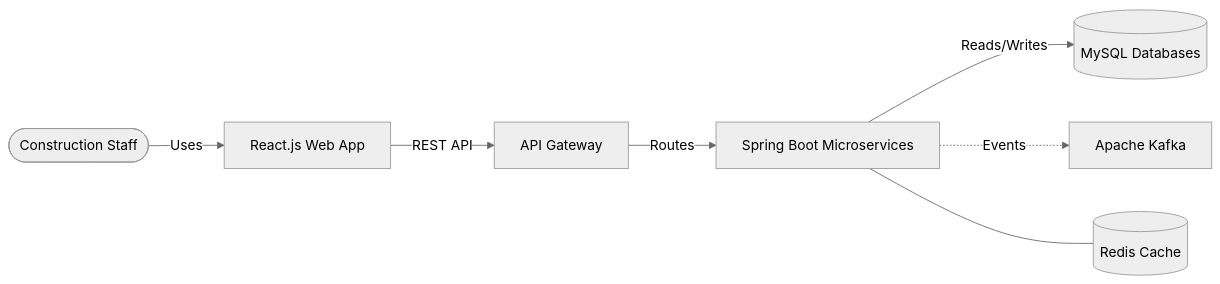
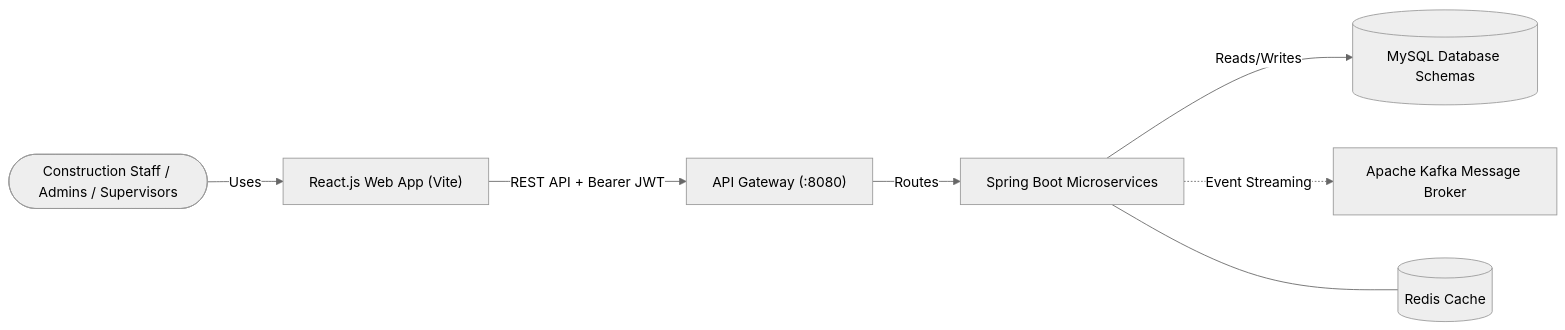
Before and after one commit to sushmitha-katika-dev/build-flow: the first of 6 diagrams in docs/03_ARCHITECTURE.md, drawn with Mermaid (neutral theme). The commit also changed other lines of this file and 8 other files, not shown here.

````diff
--- a/docs/03_ARCHITECTURE.md
+++ b/docs/03_ARCHITECTURE.md
@@ -8,9 +8,9 @@
 ```mermaid
 graph LR
-    User(["Construction Staff"]) --> |Uses| UI["React.js Web App"]
-    UI --> |REST API| Gateway["API Gateway"]
+    User(["Construction Staff / Admins / Supervisors"]) --> |Uses| UI["React.js Web App (Vite)"]
+    UI --> |REST API + Bearer JWT| Gateway["API Gateway (:8080)"]
     Gateway --> |Routes| Microservices["Spring Boot Microservices"]
-    Microservices --> |Reads/Writes| DB[("MySQL Databases")]
-    Microservices -.-> |Events| Kafka["Apache Kafka"]
+    Microservices --> |Reads/Writes| DB[("MySQL Database Schemas")]
+    Microservices -.-> |Event Streaming| Kafka["Apache Kafka Message Broker"]
     Microservices --- Cache[("Redis Cache")]
 ```
````
